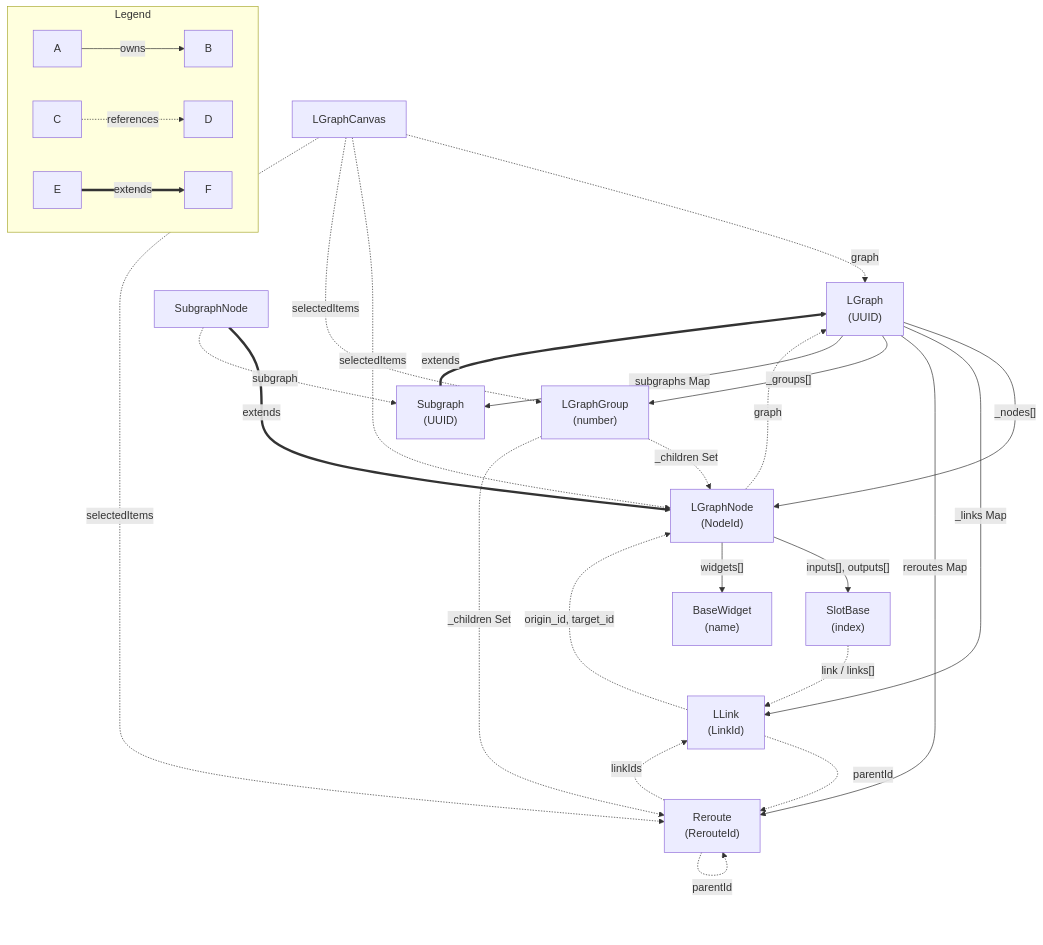
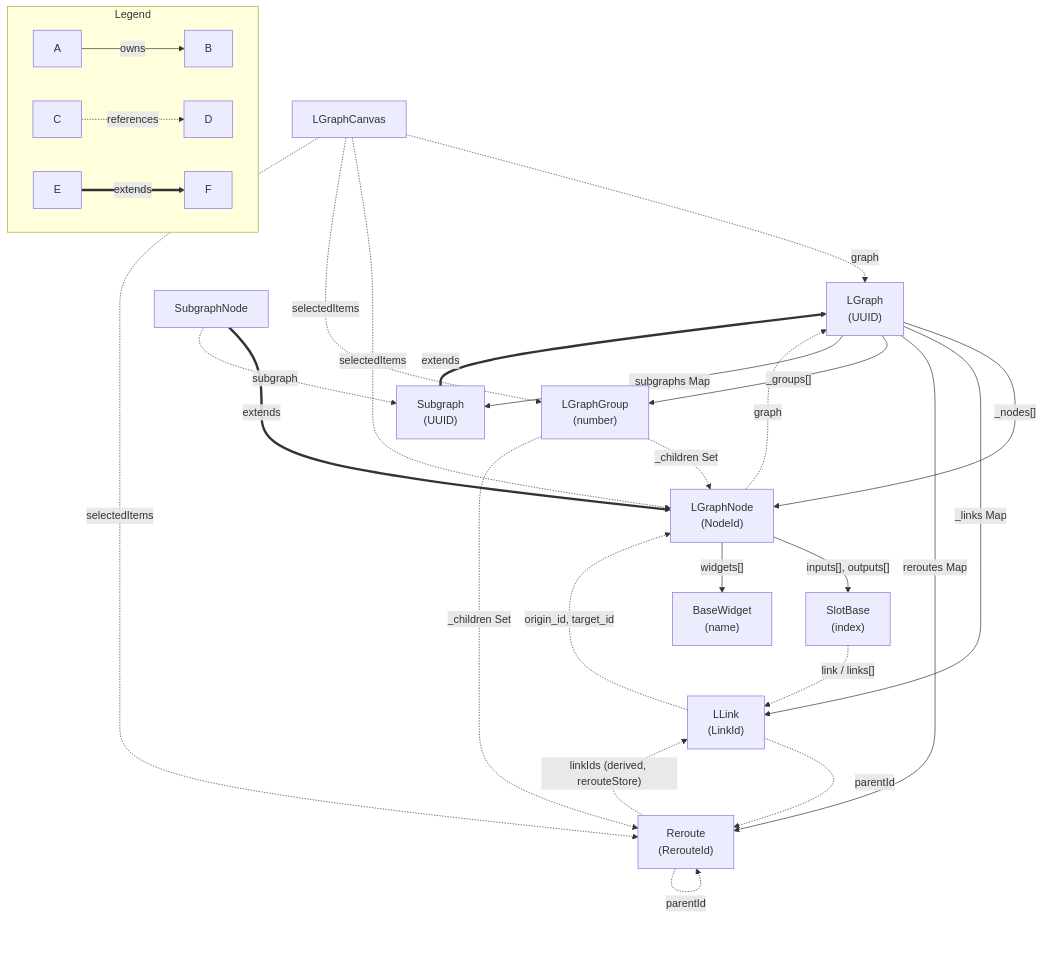
One commit to Comfy-Org/ComfyUI_frontend changed the first of 13 diagrams in docs/architecture/entity-interactions.md. Above: the diagram before and after it, drawn with Mermaid. The commit also changed other lines of this file and 9 other files, not shown here.

First line of the commit message:
docs: align ECS architecture records with shipped link/reroute stores

````diff
--- a/docs/architecture/entity-interactions.md
+++ b/docs/architecture/entity-interactions.md
@@ -24,56 +24,56 @@
 ```mermaid
 graph TD
     subgraph Legend
         direction LR
         L1[A] -->|owns| L2[B]
         L3[C] -.->|references| L4[D]
         L5[E] ==>|extends| L6[F]
     end
 
     Graph["LGraph
 (UUID)"]
     Node["LGraphNode
 (NodeId)"]
     SubgraphEntity["Subgraph
 (UUID)"]
     SubgraphNode["SubgraphNode"]
     Link["LLink
 (LinkId)"]
     Widget["BaseWidget
 (name)"]
     Slot["SlotBase
 (index)"]
     Reroute["Reroute
 (RerouteId)"]
     Group["LGraphGroup
 (number)"]
     Canvas["LGraphCanvas"]
 
     %% Ownership (solid)
     Graph -->|"_nodes[]"| Node
     Graph -->|"_links Map"| Link
     Graph -->|"reroutes Map"| Reroute
     Graph -->|"_groups[]"| Group
     Graph -->|"_subgraphs Map"| SubgraphEntity
     Node -->|"inputs[], outputs[]"| Slot
     Node -->|"widgets[]"| Widget
 
     %% Extends (thick)
     SubgraphEntity ==>|extends| Graph
     SubgraphNode ==>|extends| Node
 
     %% References (dashed)
     Link -.->|"origin_id, target_id"| Node
     Link -.->|"parentId"| Reroute
     Slot -.->|"link / links[]"| Link
-    Reroute -.->|"linkIds"| Link
+    Reroute -.->|"linkIds (derived, rerouteStore)"| Link
     Reroute -.->|"parentId"| Reroute
     Group -.->|"_children Set"| Node
     Group -.->|"_children Set"| Reroute
     SubgraphNode -.->|"subgraph"| SubgraphEntity
     Node -.->|"graph"| Graph
     Canvas -.->|"graph"| Graph
     Canvas -.->|"selectedItems"| Node
     Canvas -.->|"selectedItems"| Group
     Canvas -.->|"selectedItems"| Reroute
 ```
````
